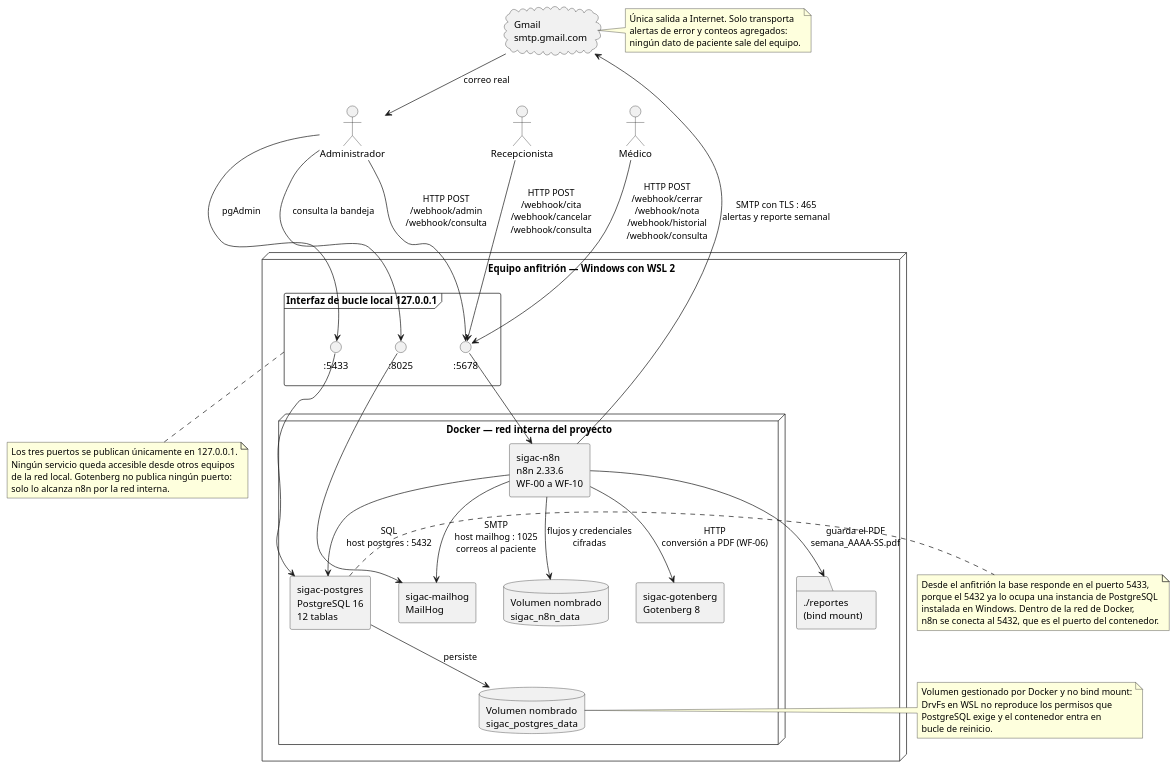
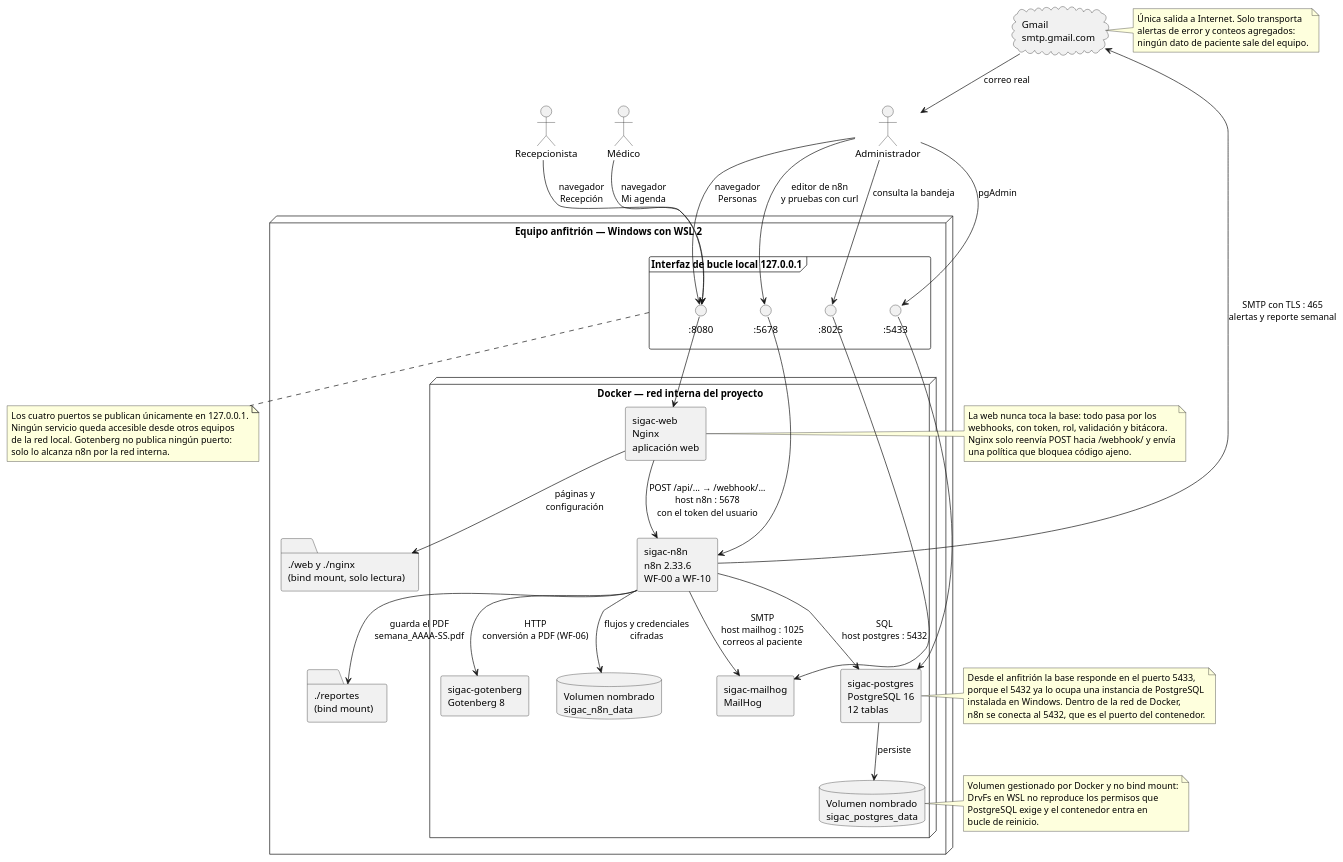
One commit to JOMALLMM1116/ProyectoSIGAC changed the diagram in docs/uml/Arquitectura.puml. Above: the diagram before and after it, drawn with PlantUML. The commit also changed other lines of this file and 3 other files, not shown here.

Commit message:
:memo: README, documento tecnico y arquitectura con la aplicacion web

```diff
--- a/docs/uml/Arquitectura.puml
+++ b/docs/uml/Arquitectura.puml
@@ -1,80 +1,95 @@
 @startuml Arquitectura_SIGAC
 skinparam componentStyle rectangle
 skinparam nodeSep 40
 skinparam rankSep 55
 
 actor "Recepcionista" as Recepcion
 actor "Médico" as Medico
 actor "Administrador" as Admin
 
 node "Equipo anfitrión — Windows con WSL 2" {
 
   frame "Interfaz de bucle local 127.0.0.1" as Loopback {
+    () ":8080" as P8080
     () ":5678" as P5678
     () ":5433" as P5433
     () ":8025" as P8025
   }
 
   node "Docker — red interna del proyecto" as Red {
 
+    component "sigac-web\nNginx\naplicación web" as WEB
     component "sigac-n8n\nn8n 2.33.6\nWF-00 a WF-10" as N8N
     component "sigac-postgres\nPostgreSQL 16\n12 tablas" as PG
     component "sigac-mailhog\nMailHog" as MH
     component "sigac-gotenberg\nGotenberg 8" as GB
 
     database "Volumen nombrado\nsigac_postgres_data" as VOL
     database "Volumen nombrado\nsigac_n8n_data" as VOLN8N
   }
 
+  folder "./web y ./nginx\n(bind mount, solo lectura)" as WEBF
   folder "./reportes\n(bind mount)" as REP
 }
 
 cloud "Gmail\nsmtp.gmail.com" as GMAIL
 
-Recepcion --> P5678 : HTTP POST\n/webhook/cita\n/webhook/cancelar\n/webhook/consulta
-Medico --> P5678 : HTTP POST\n/webhook/cerrar\n/webhook/nota\n/webhook/historial\n/webhook/consulta
-Admin --> P5678 : HTTP POST\n/webhook/admin\n/webhook/consulta
+Recepcion --> P8080 : navegador\nRecepción
+Medico --> P8080 : navegador\nMi agenda
+Admin --> P8080 : navegador\nPersonas
+Admin --> P5678 : editor de n8n\ny pruebas con curl
 Admin --> P8025 : consulta la bandeja
 Admin --> P5433 : pgAdmin
 
+P8080 --> WEB
 P5678 --> N8N
 P8025 --> MH
 P5433 --> PG
+
+WEB --> WEBF : páginas y\nconfiguración
+WEB --> N8N : POST /api/... → /webhook/...\nhost n8n : 5678\ncon el token del usuario
 
 N8N --> PG : SQL\nhost postgres : 5432
 N8N --> MH : SMTP\nhost mailhog : 1025\ncorreos al paciente
 N8N --> GB : HTTP\nconversión a PDF (WF-06)
 N8N --> REP : guarda el PDF\nsemana_AAAA-SS.pdf
 N8N --> GMAIL : SMTP con TLS : 465\nalertas y reporte semanal
 GMAIL --> Admin : correo real
 
 PG --> VOL : persiste
 N8N --> VOLN8N : flujos y credenciales\ncifradas
 
 note bottom of Loopback
-  Los tres puertos se publican únicamente en 127.0.0.1.
+  Los cuatro puertos se publican únicamente en 127.0.0.1.
   Ningún servicio queda accesible desde otros equipos
   de la red local. Gotenberg no publica ningún puerto:
   solo lo alcanza n8n por la red interna.
+end note
+
+note right of WEB
+  La web nunca toca la base: todo pasa por los
+  webhooks, con token, rol, validación y bitácora.
+  Nginx solo reenvía POST hacia /webhook/ y envía
+  una política que bloquea código ajeno.
 end note
 
 note right of PG
   Desde el anfitrión la base responde en el puerto 5433,
   porque el 5432 ya lo ocupa una instancia de PostgreSQL
   instalada en Windows. Dentro de la red de Docker,
   n8n se conecta al 5432, que es el puerto del contenedor.
 end note
 
 note right of VOL
   Volumen gestionado por Docker y no bind mount:
   DrvFs en WSL no reproduce los permisos que
   PostgreSQL exige y el contenedor entra en
   bucle de reinicio.
 end note
 
 note right of GMAIL
   Única salida a Internet. Solo transporta
   alertas de error y conteos agregados:
   ningún dato de paciente sale del equipo.
 end note
 @enduml
```
